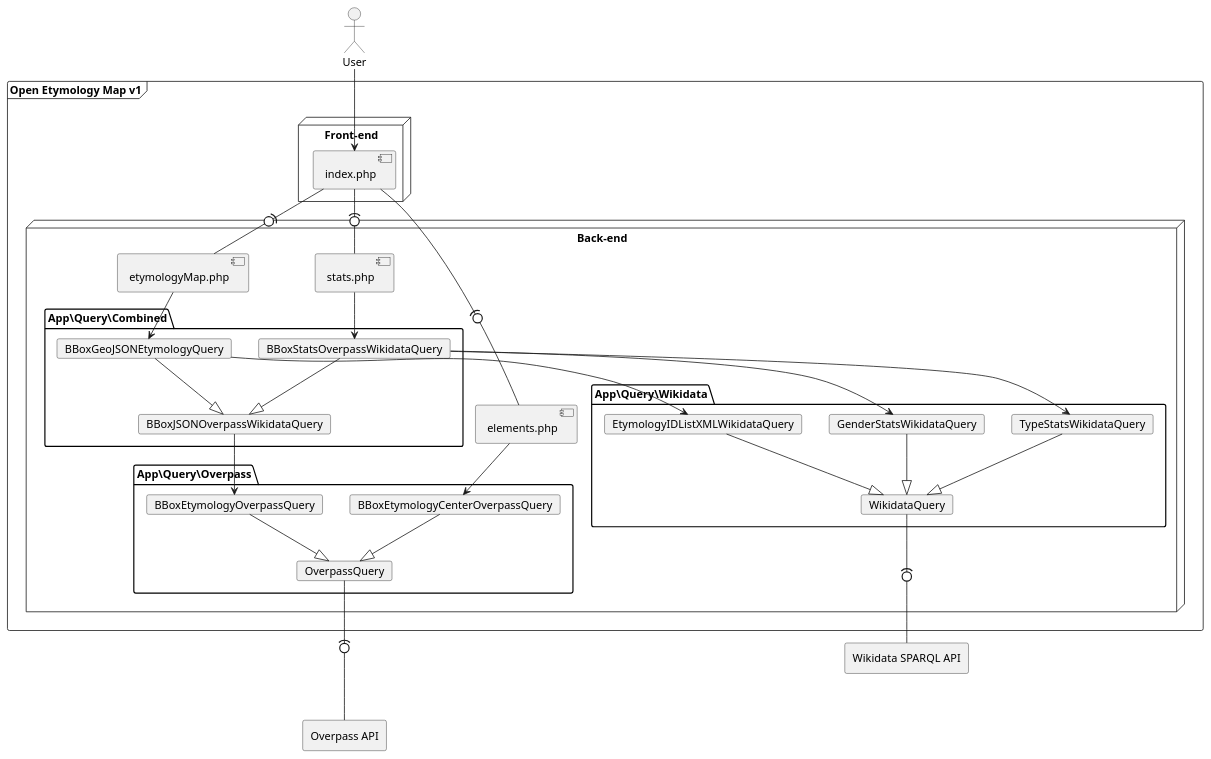
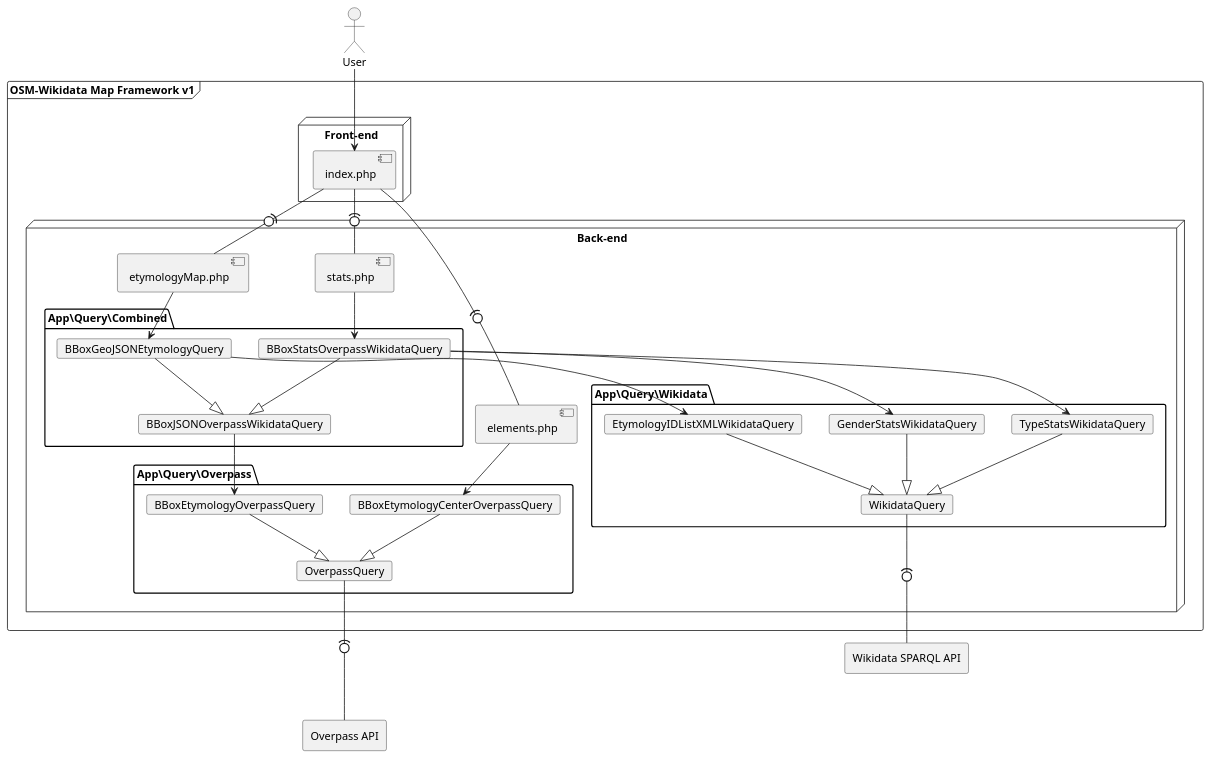
One commit to Danysan1/osm-wikidata-map-framework changed the diagram in images/v1.plantuml. Above: the diagram before and after it, drawn with PlantUML. The commit also changed 24 other files, not shown here.

```diff
--- a/images/v1.plantuml
+++ b/images/v1.plantuml
@@ -1,75 +1,75 @@
 @startuml v1
 
 actor user as "User"
-frame oem as "Open Etymology Map v1" {
+frame oem as "OSM-Wikidata Map Framework v1" {
     node "Front-end" {
         component index as "index.php"
     }
     node "Back-end" {
         component etymologyMap as "etymologyMap.php"
         component elements as "elements.php"
         component stats as "stats.php"
         package "App\Query\Combined" {
             card BBoxGeoJSONEtymologyQuery
             card BBoxStatsOverpassWikidataQuery
             card BBoxJSONOverpassWikidataQuery
         }
         package "App\Query\Wikidata" {
             card WikidataQuery
             card EtymologyIDListXMLWikidataQuery
             card TypeStatsWikidataQuery
             card GenderStatsWikidataQuery
         }
         package "App\Query\Overpass" {
             card OverpassQuery
             card BBoxEtymologyOverpassQuery
             card BBoxEtymologyCenterOverpassQuery
         }
 /'
         package "App\Query\Caching" {
             card CSVCachedBBoxGeoJSONQuery
             card CSVCachedBBoxJSONQuery
         }
         'file cache as "Cache"
 '/
     }
 }
 agent wikidata as "Wikidata SPARQL API"
 agent overpass as "Overpass API"
 
 user --> index
 index -(0- etymologyMap
 index -(0- elements
 index -(0- stats
 
 /'
 stats  ..> CSVCachedBBoxJSONQuery
 etymologyMap  ..> CSVCachedBBoxGeoJSONQuery
 elements ..> CSVCachedBBoxGeoJSONQuery
 CSVCachedBBoxGeoJSONQuery --|> CSVCachedBBoxJSONQuery
 CSVCachedBBoxJSONQuery --> cache
 '/
 
 elements --> BBoxEtymologyCenterOverpassQuery
 etymologyMap --> BBoxGeoJSONEtymologyQuery
 stats --> BBoxStatsOverpassWikidataQuery
 
 BBoxGeoJSONEtymologyQuery --|> BBoxJSONOverpassWikidataQuery
 BBoxStatsOverpassWikidataQuery --|> BBoxJSONOverpassWikidataQuery
 
 BBoxEtymologyOverpassQuery --|> OverpassQuery
 BBoxEtymologyCenterOverpassQuery --|> OverpassQuery
 
 EtymologyIDListXMLWikidataQuery --|> WikidataQuery
 TypeStatsWikidataQuery --|> WikidataQuery
 GenderStatsWikidataQuery --|> WikidataQuery
 
 BBoxJSONOverpassWikidataQuery --> BBoxEtymologyOverpassQuery
 BBoxGeoJSONEtymologyQuery --> EtymologyIDListXMLWikidataQuery
 BBoxStatsOverpassWikidataQuery --> GenderStatsWikidataQuery
 BBoxStatsOverpassWikidataQuery --> TypeStatsWikidataQuery
 
 OverpassQuery --(0- overpass
 WikidataQuery --(0- wikidata
 
 @enduml
```
